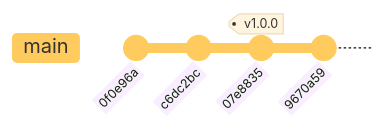
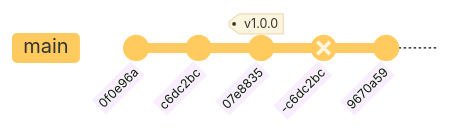
Before and after one commit to umr-marbec/git-training: the ninth of 28 diagrams in git-training.qmd, drawn with Mermaid. The commit also changed other lines of this file, not shown here.

````diff
--- a/git-training.qmd
+++ b/git-training.qmd
@@ -271,10 +271,11 @@
 ```{mermaid}
 %%| fig-height: 2
 %%| fig-align: center
 %%{init: { 'logLevel': 'debug', 'theme': 'base', 'gitGraph': {'rotateCommitLabel': true}}}%%
 gitGraph
     commit id: "0f0e96a"
     commit id: "c6dc2bc"
     commit id: "07e8835" tag: "v1.0.0"
+    commit id: "-c6dc2bc" type: REVERSE
     commit id: "9670a59"
 ```
````
